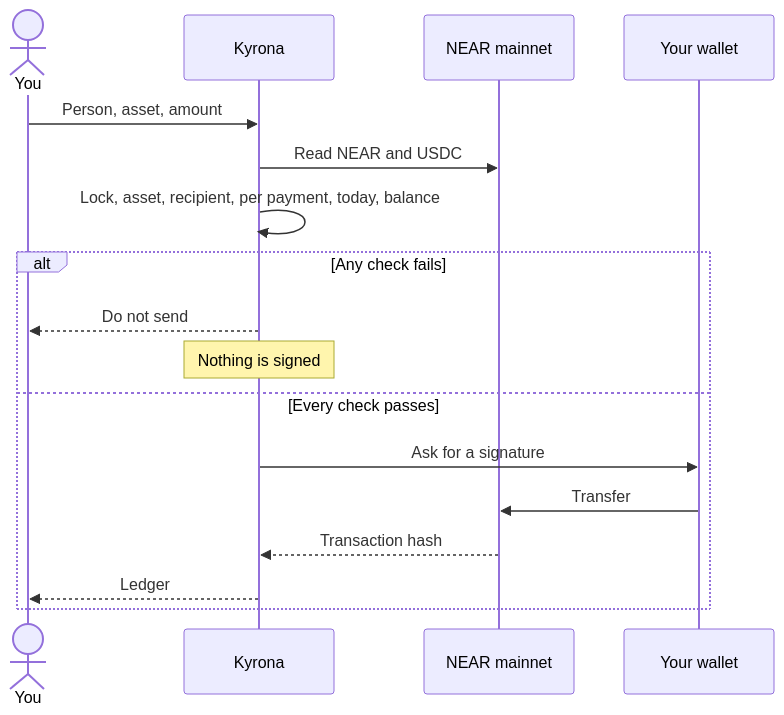
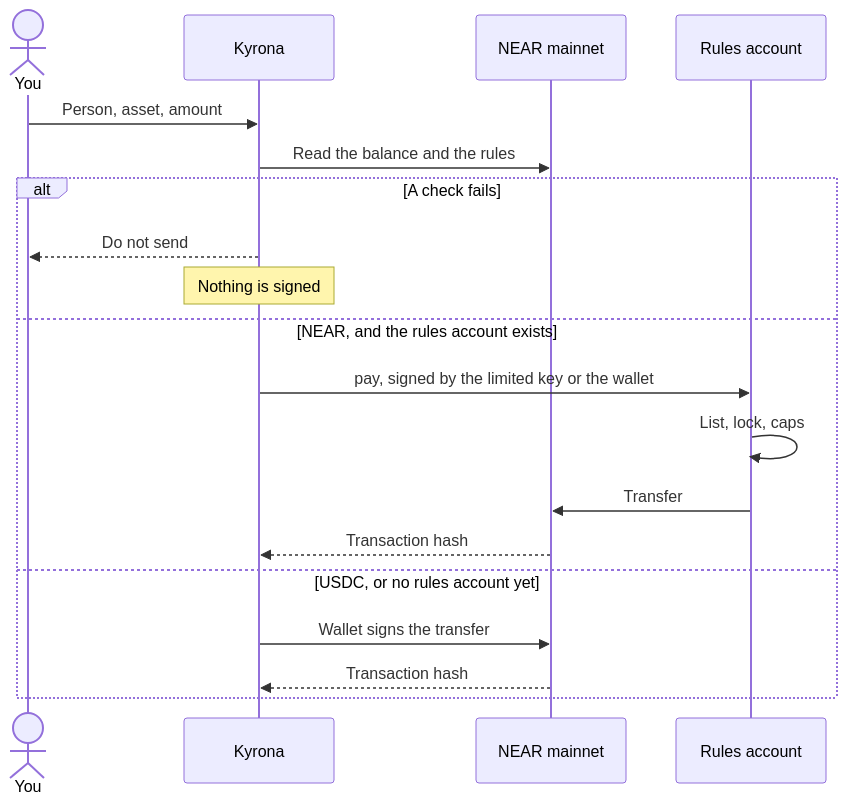
One commit to thesithunyein/kyrona changed the diagram in README.md. Above: the diagram before and after it, drawn with Mermaid. The commit also changed other lines of this file and 1 other file, not shown here.

First line of the commit message:
Document the rules account and the real pay transaction.

````diff
--- a/README.md
+++ b/README.md
@@ -38,20 +38,22 @@
 ```mermaid
 sequenceDiagram
   actor You
   participant Desk as Kyrona
   participant Chain as NEAR mainnet
-  participant Wallet as Your wallet
+  participant Rules as Rules account
 
   You->>Desk: Person, asset, amount
-  Desk->>Chain: Read NEAR and USDC
-  Desk->>Desk: Lock, asset, recipient, per payment, today, balance
-  alt Any check fails
+  Desk->>Chain: Read the balance and the rules
+  alt A check fails
     Desk-->>You: Do not send
     Note over Desk: Nothing is signed
-  else Every check passes
-    Desk->>Wallet: Ask for a signature
-    Wallet->>Chain: Transfer
+  else NEAR, and the rules account exists
+    Desk->>Rules: pay, signed by the limited key or the wallet
+    Rules->>Rules: List, lock, caps
+    Rules->>Chain: Transfer
     Chain-->>Desk: Transaction hash
-    Desk-->>You: Ledger
+  else USDC, or no rules account yet
+    Desk->>Chain: Wallet signs the transfer
+    Chain-->>Desk: Transaction hash
   end
 ```
````
